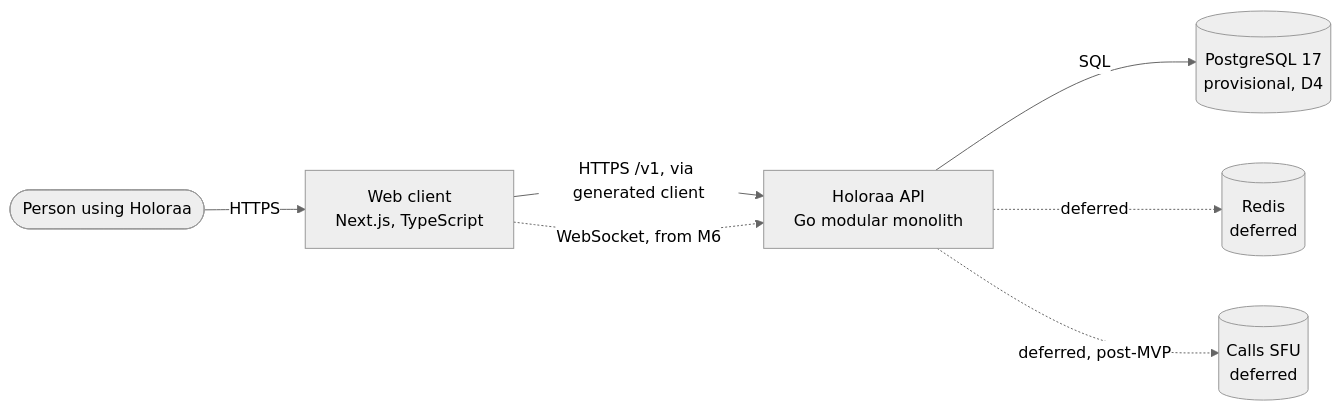
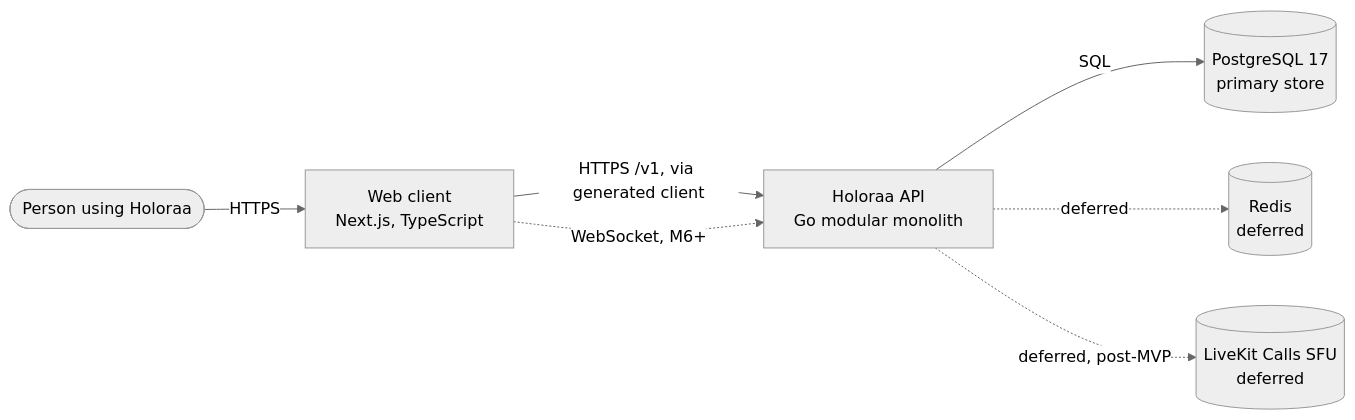
The first of 2 diagrams in docs/architecture/ARCHITECTURE.md (Cholan-kinnera/holoraa), drawn with Mermaid (neutral theme) before and after one commit. The commit also changed other lines of this file and 8 other files, not shown here.

Commit message:
docs(contracts): update data model, architecture, OpenAPI, and realtime event contracts

````diff
--- a/docs/architecture/ARCHITECTURE.md
+++ b/docs/architecture/ARCHITECTURE.md
@@ -13,9 +13,9 @@
 ```mermaid
 flowchart LR
   User([Person using Holoraa]) -->|HTTPS| Web[Web client<br/>Next.js, TypeScript]
   Web -->|HTTPS /v1, via generated client| API[Holoraa API<br/>Go modular monolith]
-  Web -.->|WebSocket, from M6| API
-  API -->|SQL| DB[(PostgreSQL 17<br/>provisional, D4)]
+  Web -.->|WebSocket, M6+| API
+  API -->|SQL| DB[(PostgreSQL 17<br/>primary store)]
   API -.->|deferred| Cache[(Redis<br/>deferred)]
-  API -.->|deferred, post-MVP| Calls[(Calls SFU<br/>deferred)]
+  API -.->|deferred, post-MVP| Calls[(LiveKit Calls SFU<br/>deferred)]
 ```
````
